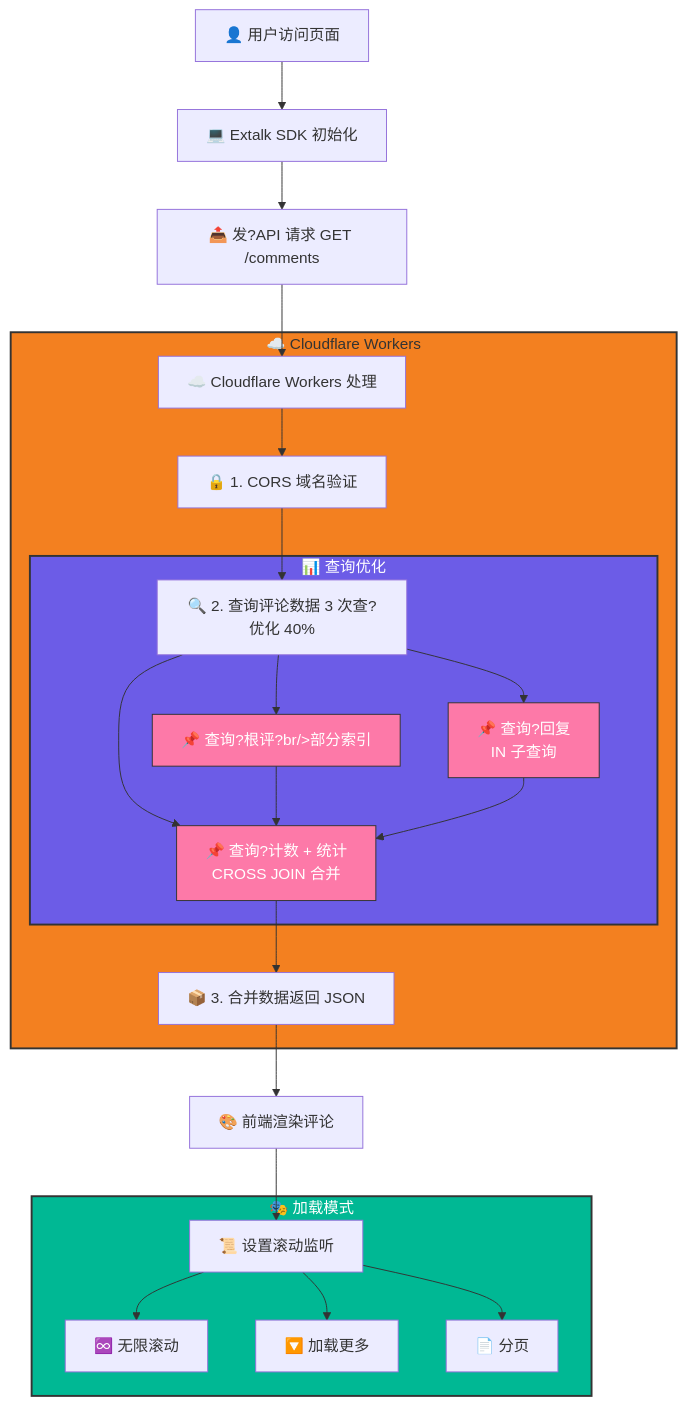
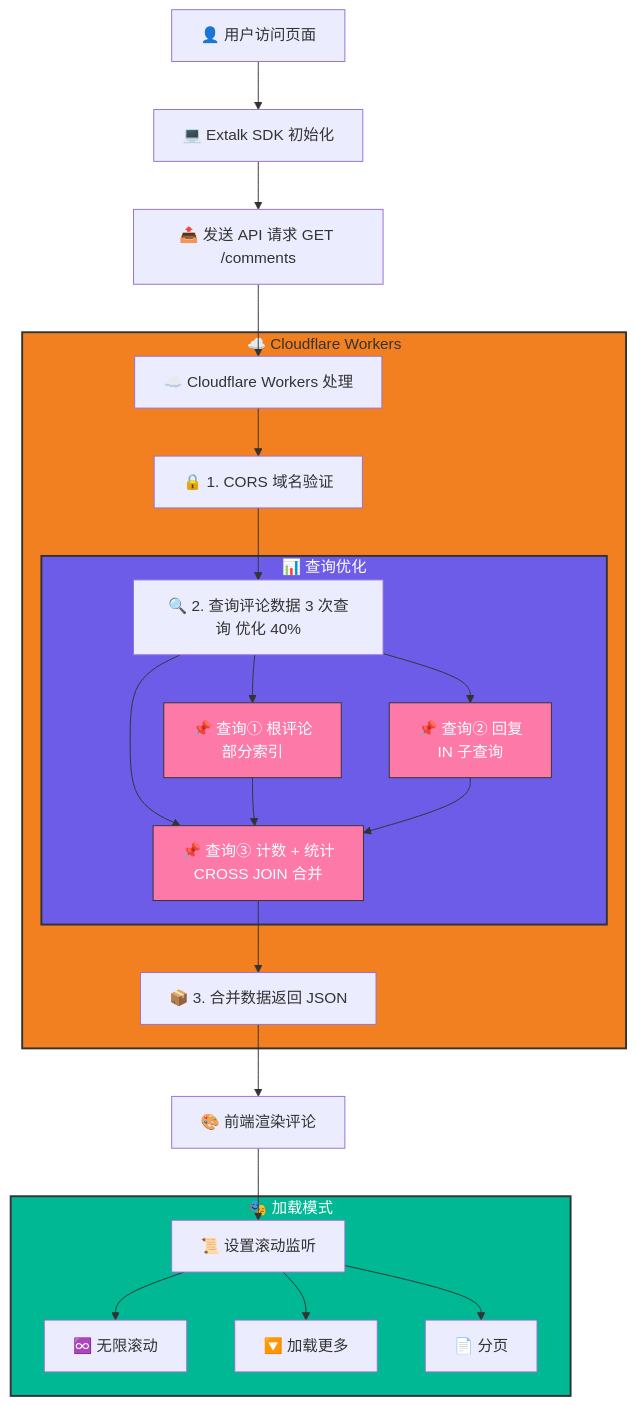
The third of 5 diagrams in src/content/posts/extalk.md (ImUpXuu/xuhome), drawn with Mermaid before and after one commit. The commit also changed other lines of this file and 94 other files, not shown here.

````diff
--- a/src/content/posts/extalk.md
+++ b/src/content/posts/extalk.md
@@ -202,37 +201,37 @@
 ```mermaid
 flowchart TD
     A[👤 用户访问页面] --> B[💻 Extalk SDK 初始化]
-    B --> C[📤 发?API 请求 GET /comments]
+    B --> C[📤 发送 API 请求 GET /comments]
     C --> D[☁️ Cloudflare Workers 处理]
   
     subgraph Worker["☁️ Cloudflare Workers"]
         D --> D1[🔒 1. CORS 域名验证]
-        D1 --> D2[🔍 2. 查询评论数据 3 次查?优化 40%]
+        D1 --> D2[🔍 2. 查询评论数据 3 次查询 优化 40%]
   
         subgraph Queries["📊 查询优化"]
-            D2 --> Q1[📌 查询?根评?br/>部分索引]
-            D2 --> Q2[📌 查询?回复<br/>IN 子查询]
-            D2 --> Q3[📌 查询?计数 + 统计<br/>CROSS JOIN 合并]
+            D2 --> Q1[📌 查询① 根评论<br/>部分索引]
+            D2 --> Q2[📌 查询② 回复<br/>IN 子查询]
+            D2 --> Q3[📌 查询③ 计数 + 统计<br/>CROSS JOIN 合并]
         end
   
         Q1 --> Q3
         Q2 --> Q3
         Q3 --> D3[📦 3. 合并数据返回 JSON]
     end
   
     D3 --> E[🎨 前端渲染评论]
     E --> F[📜 设置滚动监听]
   
     subgraph Modes["🎭 加载模式"]
         F --> M1[♾️ 无限滚动]
         F --> M2[🔽 加载更多]
         F --> M3[📄 分页]
     end
   
     style Worker fill:#f38020,stroke:#333,stroke-width:2px
     style Queries fill:#6c5ce7,stroke:#333,stroke-width:2px,color:#fff
     style Modes fill:#00b894,stroke:#333,stroke-width:2px,color:#fff
     style Q1 fill:#fd79a8,stroke:#333,color:#fff
     style Q2 fill:#fd79a8,stroke:#333,color:#fff
     style Q3 fill:#fd79a8,stroke:#333,color:#fff
 ```
````
